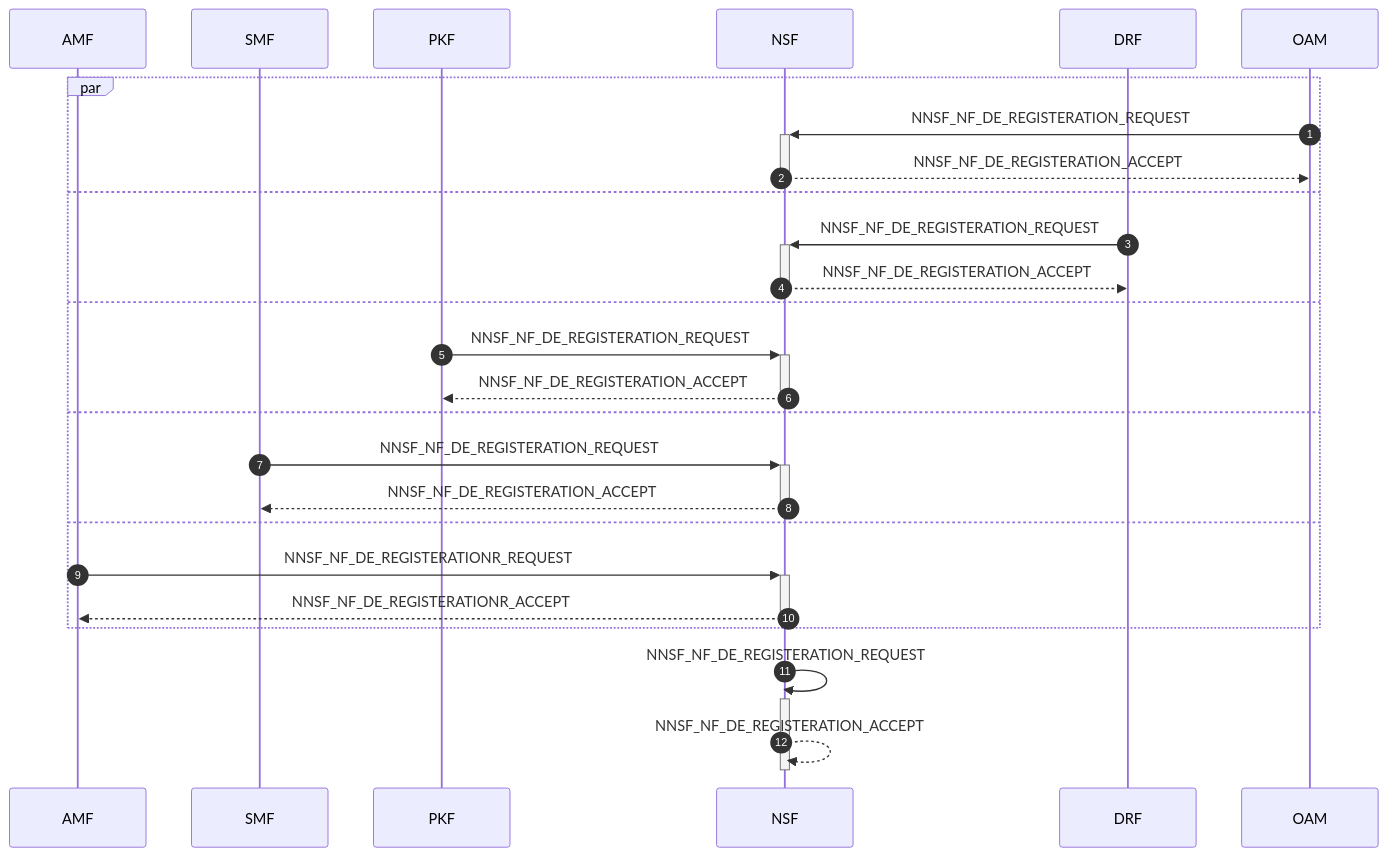
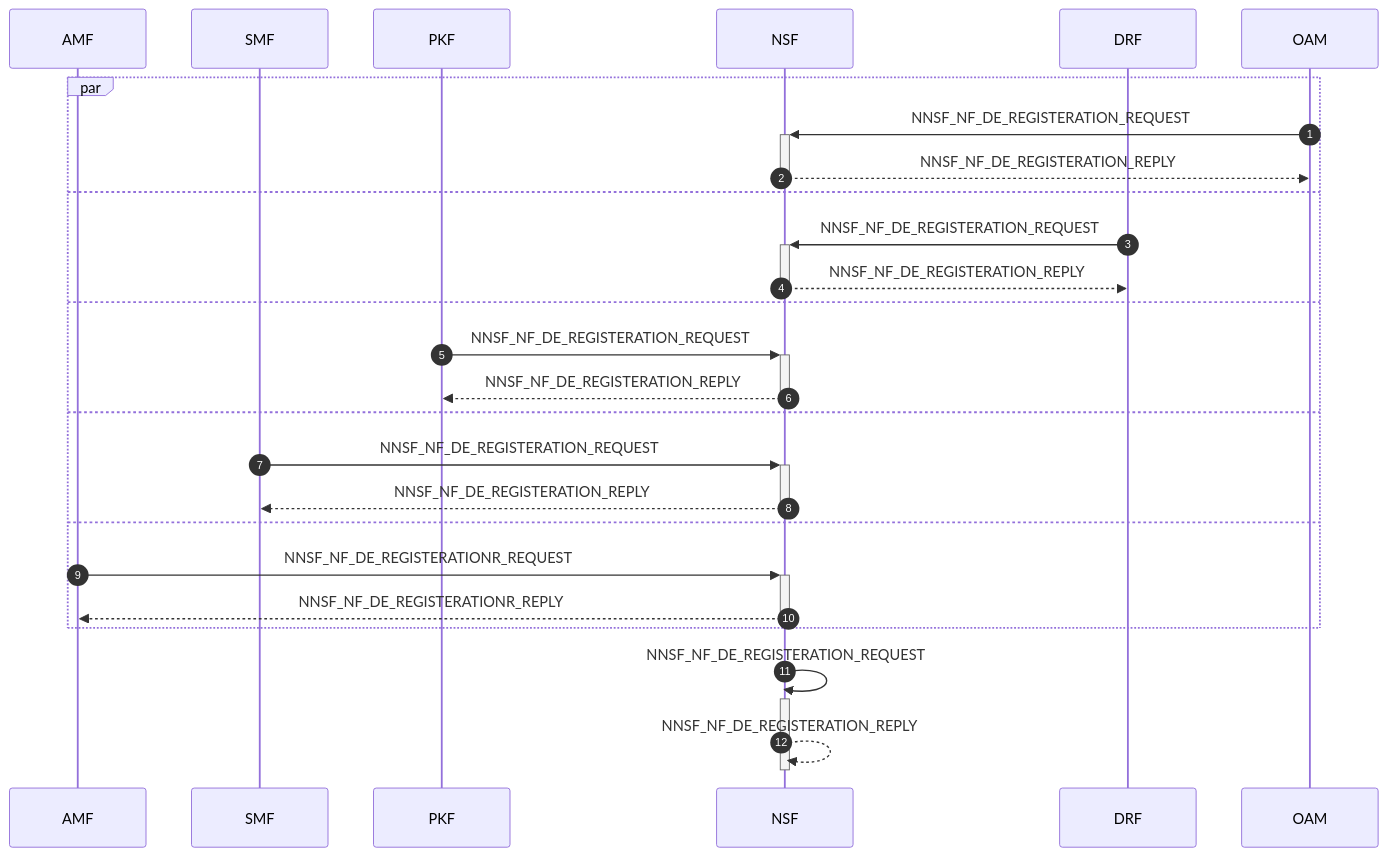
One commit to veil-link/veilink changed the second of 21 diagrams in doc/doc-spec/00-series-general/00.002-procedure.md. Above: the diagram before and after it, drawn with Mermaid. The commit also changed other lines of this file and 1 other file, not shown here.

Commit message:
feat: oam monitoring

````diff
--- a/doc/doc-spec/00-series-general/00.002-procedure.md
+++ b/doc/doc-spec/00-series-general/00.002-procedure.md
@@ -41,31 +43,31 @@
 ```mermaid
 sequenceDiagram
     autonumber
 
     participant amf as AMF
     participant smf as SMF
     participant pkf as PKF
     participant nsf as NSF
     participant drf as DRF
     participant oam as OAM
 
     par
         oam ->>+ nsf: NNSF_NF_DE_REGISTERATION_REQUEST
-        nsf -->>- oam: NNSF_NF_DE_REGISTERATION_ACCEPT
+        nsf -->>- oam: NNSF_NF_DE_REGISTERATION_REPLY
     and
         drf ->>+ nsf: NNSF_NF_DE_REGISTERATION_REQUEST
-        nsf -->>- drf: NNSF_NF_DE_REGISTERATION_ACCEPT
+        nsf -->>- drf: NNSF_NF_DE_REGISTERATION_REPLY
     and
         pkf ->>+ nsf: NNSF_NF_DE_REGISTERATION_REQUEST
-        nsf -->>- pkf: NNSF_NF_DE_REGISTERATION_ACCEPT
+        nsf -->>- pkf: NNSF_NF_DE_REGISTERATION_REPLY
     and
         smf ->>+ nsf: NNSF_NF_DE_REGISTERATION_REQUEST
-        nsf -->>- smf: NNSF_NF_DE_REGISTERATION_ACCEPT
+        nsf -->>- smf: NNSF_NF_DE_REGISTERATION_REPLY
     and
         amf ->>+ nsf: NNSF_NF_DE_REGISTERATIONR_REQUEST
-        nsf -->>- amf: NNSF_NF_DE_REGISTERATIONR_ACCEPT
+        nsf -->>- amf: NNSF_NF_DE_REGISTERATIONR_REPLY
     end
 
     nsf ->>+ nsf: NNSF_NF_DE_REGISTERATION_REQUEST
-    nsf -->>- nsf: NNSF_NF_DE_REGISTERATION_ACCEPT
+    nsf -->>- nsf: NNSF_NF_DE_REGISTERATION_REPLY
 ```
````
